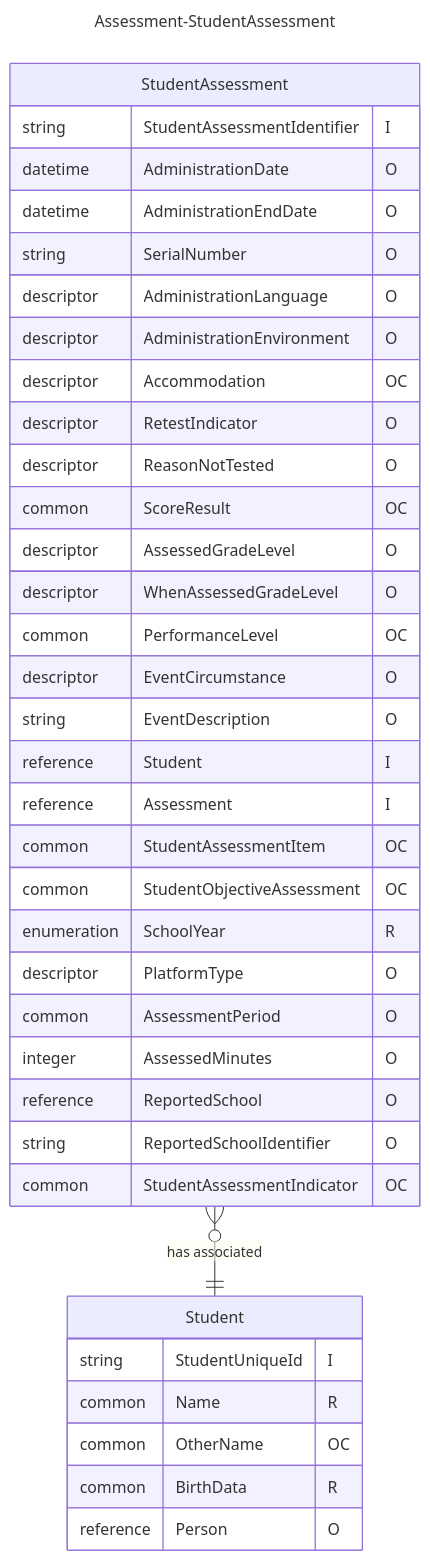
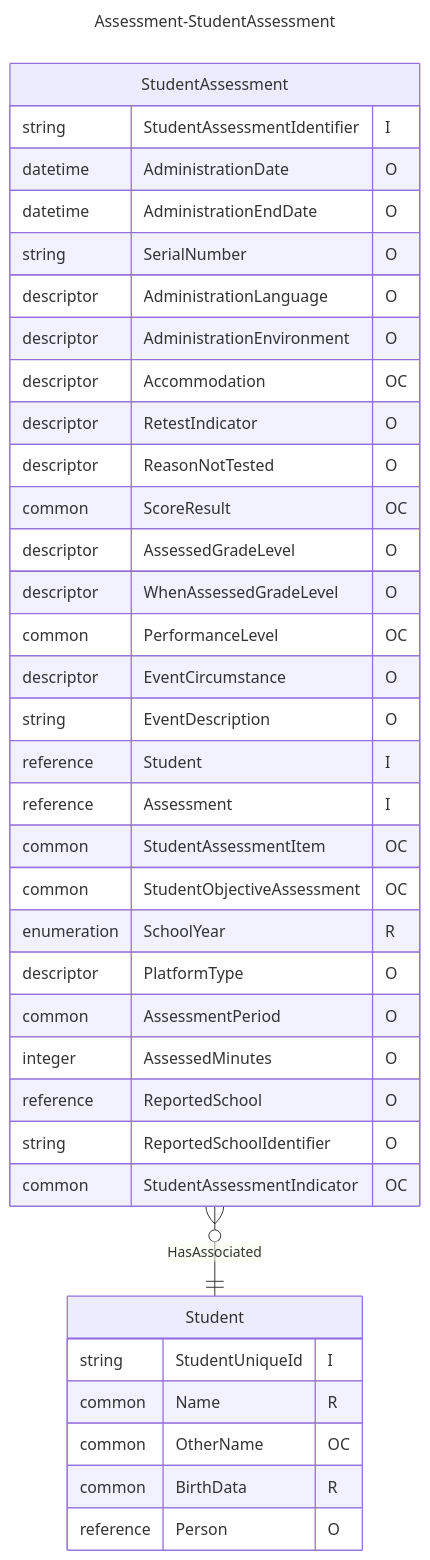
One commit to Ed-Fi-Alliance-OSS/Ed-Fi-Data-Standard changed the diagram in Models/Models/Assessment-StudentAssessment.mmd. Above: the diagram before and after it, drawn with Mermaid. The commit also changed 6 other files, not shown here.

```diff
--- a/Models/Models/Assessment-StudentAssessment.mmd
+++ b/Models/Models/Assessment-StudentAssessment.mmd
@@ -1,42 +1,42 @@
 ---
 title: Assessment-StudentAssessment
 config:
   layout: elk
 ---
 erDiagram
     Student {
         string StudentUniqueId "I"
         common Name "R"
         common OtherName "OC"
         common BirthData "R"
         reference Person "O"
     }
     StudentAssessment {
         string StudentAssessmentIdentifier "I"
         datetime AdministrationDate "O"
         datetime AdministrationEndDate "O"
         string SerialNumber "O"
         descriptor AdministrationLanguage "O"
         descriptor AdministrationEnvironment "O"
         descriptor Accommodation "OC"
         descriptor RetestIndicator "O"
         descriptor ReasonNotTested "O"
         common ScoreResult "OC"
         descriptor AssessedGradeLevel "O"
         descriptor WhenAssessedGradeLevel "O"
         common PerformanceLevel "OC"
         descriptor EventCircumstance "O"
         string EventDescription "O"
         reference Student "I"
         reference Assessment "I"
         common StudentAssessmentItem "OC"
         common StudentObjectiveAssessment "OC"
         enumeration SchoolYear "R"
         descriptor PlatformType "O"
         common AssessmentPeriod "O"
         integer AssessedMinutes "O"
         reference ReportedSchool "O"
         string ReportedSchoolIdentifier "O"
         common StudentAssessmentIndicator "OC"
     }
-    StudentAssessment }o--|| Student : "has associated"
+    StudentAssessment }o--|| Student : "HasAssociated"
```
